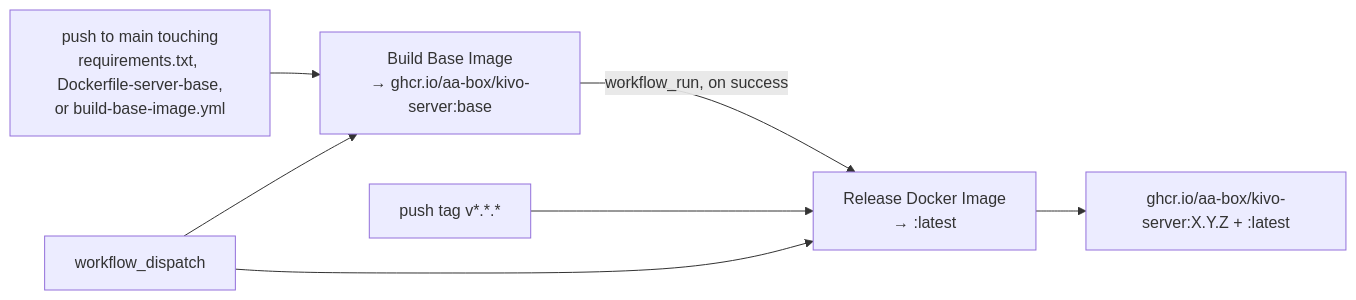
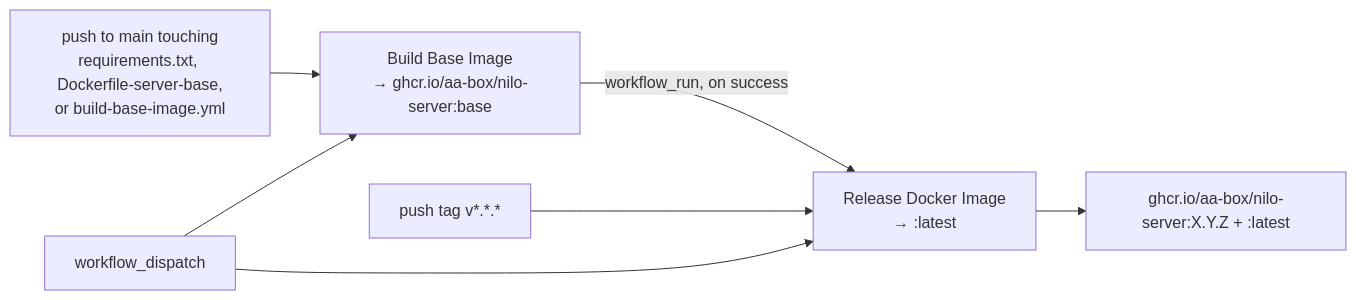
One commit to AA-Box/Nilo changed the diagram in docs/testing.md. Above: the diagram before and after it, drawn with Mermaid. The commit also changed other lines of this file and 307 other files, not shown here.

````diff
--- a/docs/testing.md
+++ b/docs/testing.md
@@ -215,9 +217,9 @@
 ```mermaid
 flowchart LR
-  A["push to main touching<br/>requirements.txt, Dockerfile-server-base,<br/>or build-base-image.yml"] --> B["Build Base Image<br/>→ ghcr.io/aa-box/kivo-server:base"]
+  A["push to main touching<br/>requirements.txt, Dockerfile-server-base,<br/>or build-base-image.yml"] --> B["Build Base Image<br/>→ ghcr.io/aa-box/nilo-server:base"]
   B -- "workflow_run, on success" --> C["Release Docker Image<br/>→ :latest"]
   D["push tag v*.*.*"] --> C
   E["workflow_dispatch"] --> B
   E --> C
-  C --> F["ghcr.io/aa-box/kivo-server:X.Y.Z + :latest"]
+  C --> F["ghcr.io/aa-box/nilo-server:X.Y.Z + :latest"]
 ```
````
